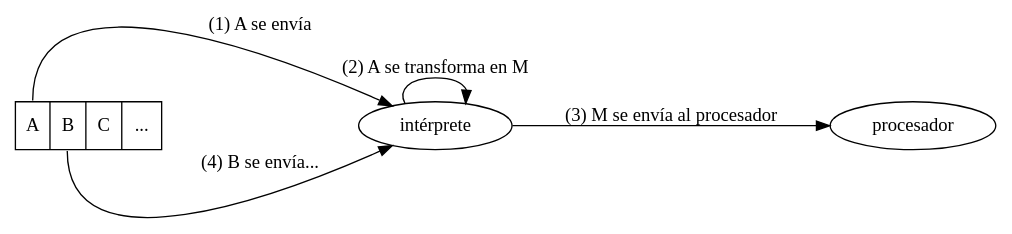
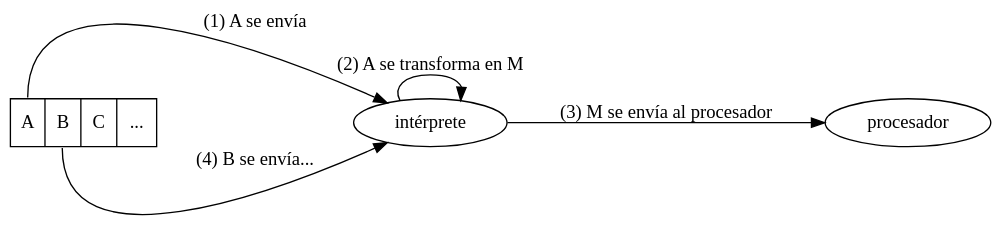
One commit to delapuente/pvli2016 changed the diagram in tema1/instrucciones.dot. Above: the diagram before and after it, drawn with Graphviz. The commit also changed 13 other files, not shown here.

```diff
--- a/tema1/instrucciones.dot
+++ b/tema1/instrucciones.dot
@@ -1,10 +1,11 @@
 digraph {
-  rankdir=LR
+         bgcolor=transparent
+ rankdir=LR
   interpreter [label="intérprete"]
   processor [label="procesador"]
   program [shape=record label="{<f1>A|<f2>B|C|...}"]
   program -> interpreter [tailport=f1 label="(1) A se envía"]
   program -> interpreter [tailport=f2 label="(4) B se envía..."]
   interpreter -> interpreter [label="(2) A se transforma en M"]
   interpreter -> processor [label="(3) M se envía al procesador"]
 }
```
